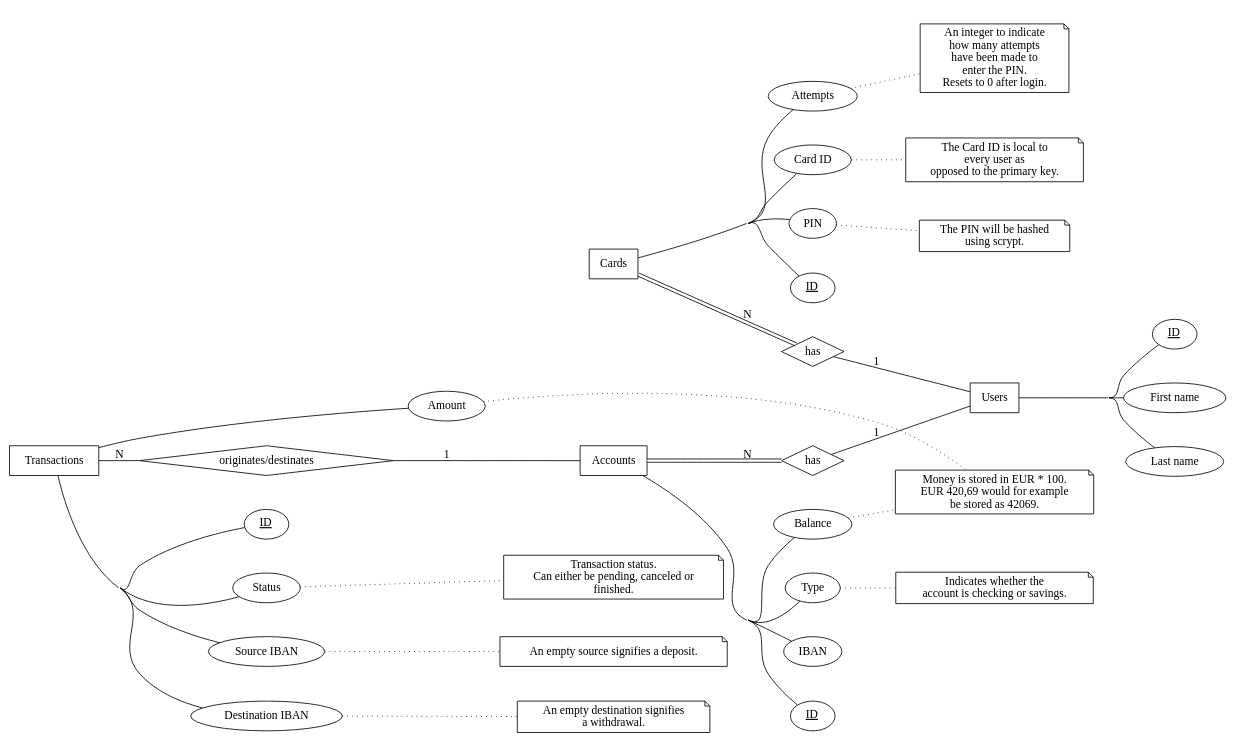
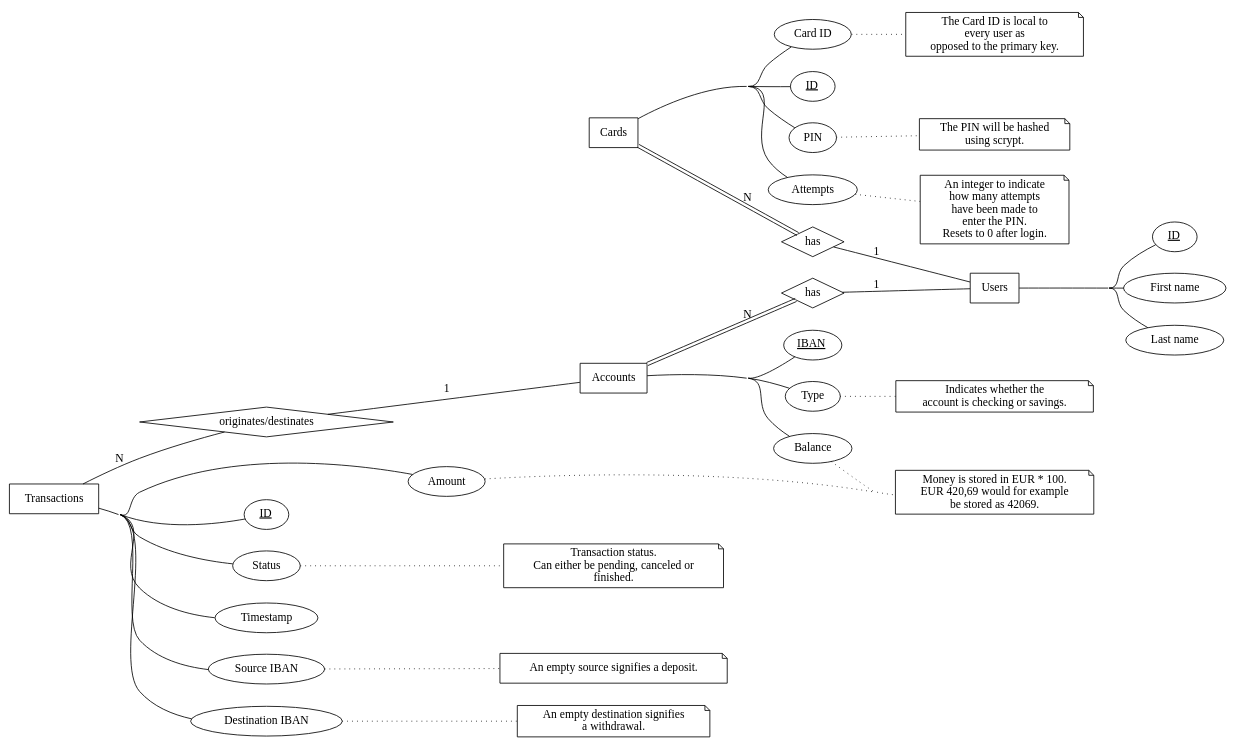
One commit to Herbankers/hb-server changed the diagram in erd.gv. Above: the diagram before and after it, drawn with Graphviz. The commit also changed 8 other files, not shown here.

```diff
--- a/erd.gv
+++ b/erd.gv
@@ -1,99 +1,99 @@
 graph {
 	concentrate=true;
 	rankdir=LR;
 	ratio=0.6;
 	bgcolor="#FFFFFF00";
 
 	A [label="Users",shape=box];
 	a1 [label=<<u>ID</u>>];
 	a2 [label="First name"];
 	a3 [label="Last name"];
 
 	B [label="Cards",shape=box];
 	b1 [label=<<u>ID</u>>];
 	b2 [label="Card ID"];
 	b3 [label="PIN"];
 	b4 [label="Attempts"];
 
 	C [label="Accounts",shape=box];
-	c1 [label=<<u>ID</u>>];
+	c1 [label=<<u>IBAN</u>>];
 	c2 [label="Type"];
-	c3 [label="IBAN"];
-	c4 [label="Balance"];
+	c3 [label="Balance"];
 
 	D [label="Transactions",shape=box];
 	d1 [label=<<u>ID</u>>];
 	d2 [label="Status"];
-	d3 [label="Source IBAN"];
-	d4 [label="Destination IBAN"];
-	d5 [label="Amount"];
+	d3 [label="Timestamp"];
+	d4 [label="Source IBAN"];
+	d5 [label="Destination IBAN"];
+	d6 [label="Amount"];
 
 	r1 [label="has",shape=diamond];
 	r2 [label="has",shape=diamond];
 	r3 [label="originates/destinates",shape=diamond];
 
 	/* Users */
 	A -- a1;
 	A -- a2;
 	A -- a3;
 
 	/* Cards */
 	B -- b1;
 	B -- b2;
 	B -- b3;
 	B -- b4;
 
 	/* Accounts */
 	C -- c1;
 	C -- c2;
 	C -- c3;
-	C -- c4;
 
 	/* Transactions */
 	D -- d1;
 	D -- d2;
 	D -- d3;
 	D -- d4;
 	D -- d5;
+	D -- d6;
 
 	B -- r1 [label="N",color="black:white:black"];
 	C -- r2 [label="N",color="black:white:black"];
 	D -- r3 [label="N"];
 
 	r1 -- A [label="1"];
 	r2 -- A [label="1"];
 	r3 -- C [label="1"];
 
 	/* subgraph relations {
 		edge [dir=none];
 
 		r1 -> A;
 		r2 -> A;
 		r3 -> C;
 	}
 
 	subgraph relations_arrow {
 		B -> r1 [penwidth=3];
 		C -> r2 [penwidth=3];
 		D -> r3 [penwidth=3];
 	} */
 
 	subgraph notes {
 		node [shape=note];
 		edge [style=dotted];
 
 		n1 [label="Money is stored in EUR * 100.\nEUR 420,69 would for example\nbe stored as 42069."];
 
 		b2 -- "The Card ID is local to\nevery user as\nopposed to the primary key.";
 		b3 -- "The PIN will be hashed\nusing scrypt.";
 		b4 -- "An integer to indicate\nhow many attempts\nhave been made to\nenter the PIN.\nResets to 0 after login.";
 
 		c2 -- "Indicates whether the\naccount is checking or savings.";
-		c4 -- n1;
+		c3 -- n1;
 
 		d2 -- "Transaction status.\nCan either be pending, canceled or\n finished."
-		d3 -- "An empty source signifies a deposit.";
-		d4 -- "An empty destination signifies\na withdrawal.";
-		d5 -- n1;
+		d4 -- "An empty source signifies a deposit.";
+		d5 -- "An empty destination signifies\na withdrawal.";
+		d6 -- n1;
 	}
 }
```
